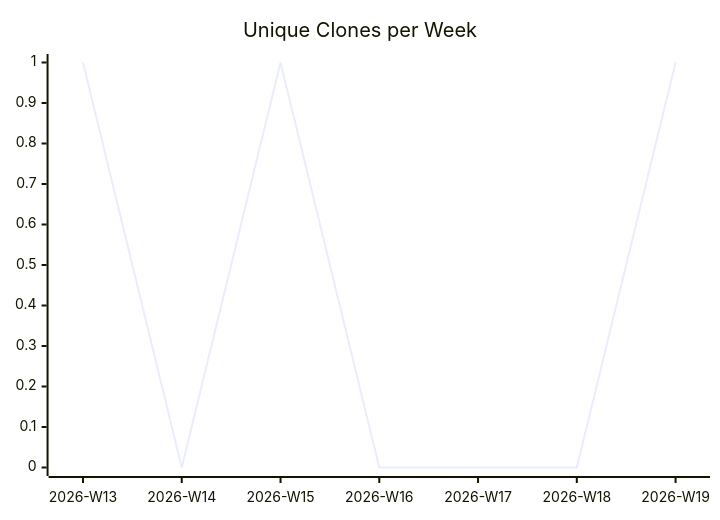
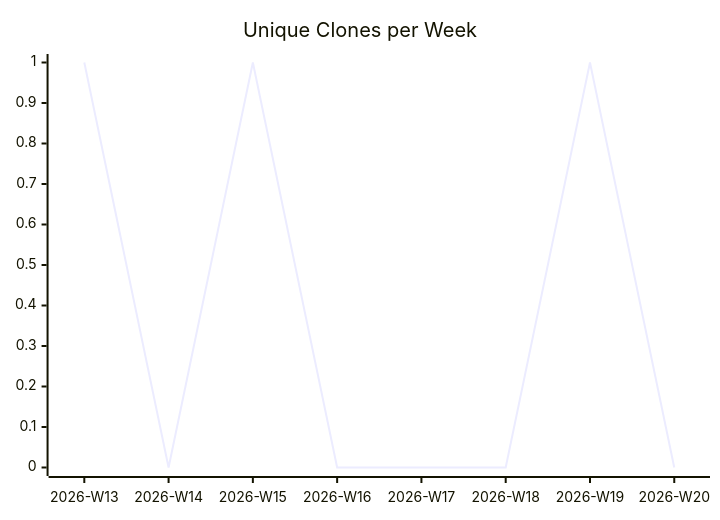
Before and after one commit to justdavis-family/github-analytics-data: the third of 3 diagrams in karlmdavis/ansible-role-acmetool/README.md, drawn with Mermaid. The commit also changed other lines of this file and 176 other files, not shown here.

````diff
--- a/karlmdavis/ansible-role-acmetool/README.md
+++ b/karlmdavis/ansible-role-acmetool/README.md
@@ -19,6 +19,6 @@
 ```mermaid
 xychart-beta
   title "Unique Clones per Week"
-  x-axis ["2026-W13", "2026-W14", "2026-W15", "2026-W16", "2026-W17", "2026-W18", "2026-W19"]
-  line [1, 0, 1, 0, 0, 0, 1]
+  x-axis ["2026-W13", "2026-W14", "2026-W15", "2026-W16", "2026-W17", "2026-W18", "2026-W19", "2026-W20"]
+  line [1, 0, 1, 0, 0, 0, 1, 0]
 ```
````
